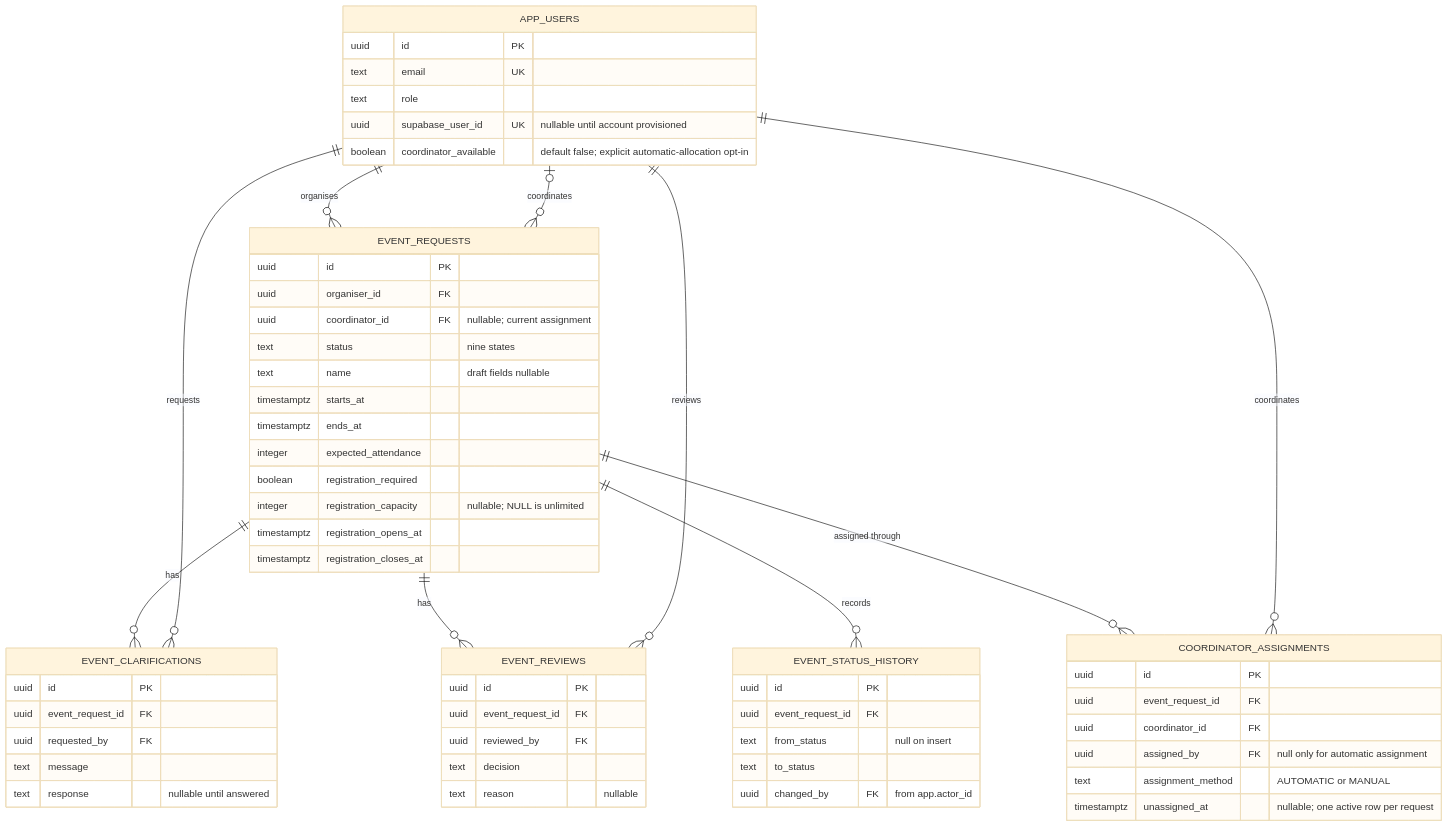
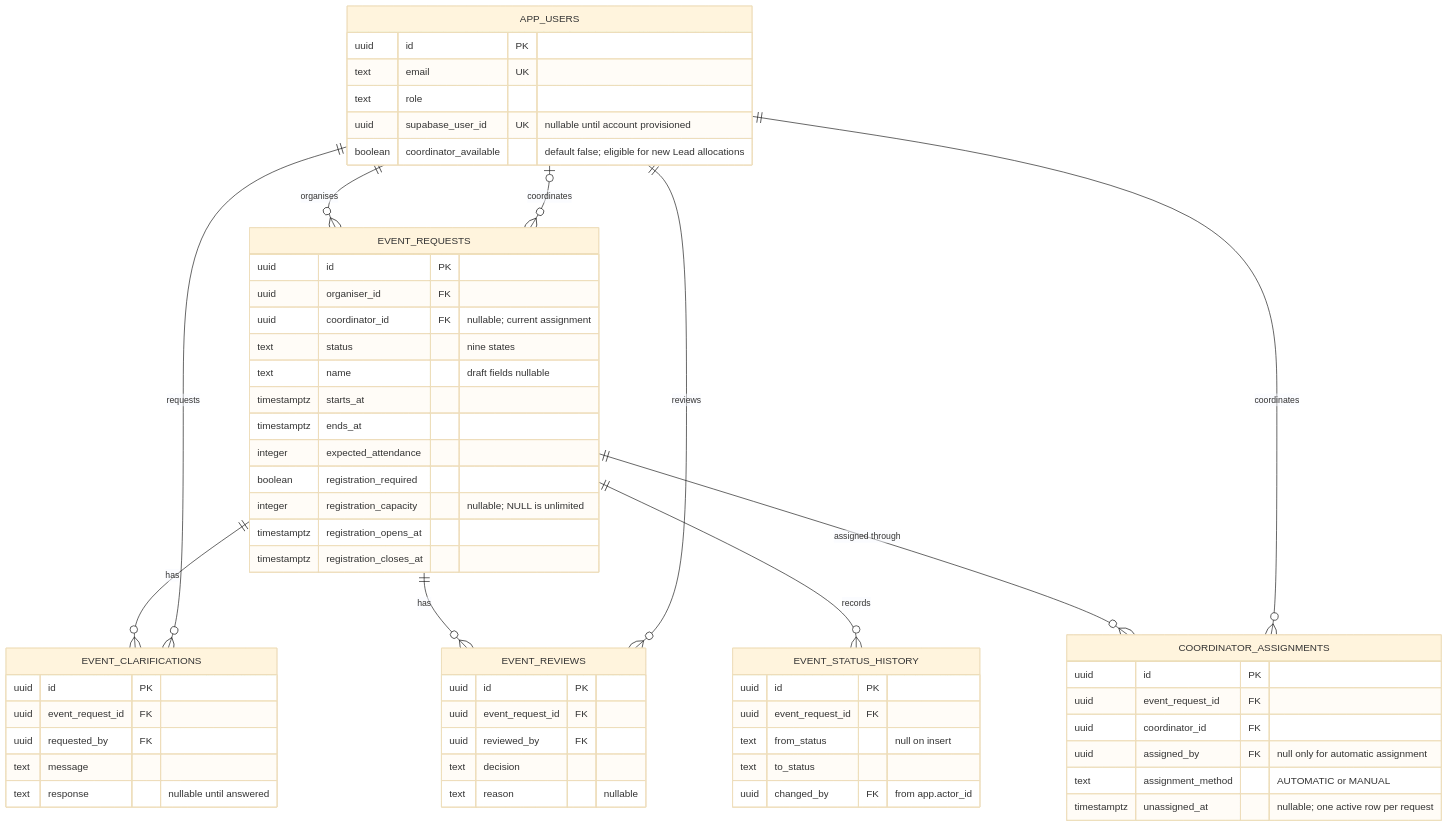
Before and after one commit to MochaLxtte/ConnectSphere: the sixth of 7 diagrams in docs/architecture/README.md, drawn with Mermaid (base theme). The commit also changed other lines of this file and 35 other files, not shown here.

````diff
--- a/docs/architecture/README.md
+++ b/docs/architecture/README.md
@@ -94,62 +228,62 @@
 ```mermaid
 erDiagram
   APP_USERS ||--o{ EVENT_REQUESTS : organises
   APP_USERS o|--o{ EVENT_REQUESTS : coordinates
   EVENT_REQUESTS ||--o{ EVENT_CLARIFICATIONS : has
   EVENT_REQUESTS ||--o{ EVENT_REVIEWS : has
   EVENT_REQUESTS ||--o{ EVENT_STATUS_HISTORY : records
   EVENT_REQUESTS ||--o{ COORDINATOR_ASSIGNMENTS : "assigned through"
   APP_USERS ||--o{ EVENT_CLARIFICATIONS : requests
   APP_USERS ||--o{ EVENT_REVIEWS : reviews
   APP_USERS ||--o{ COORDINATOR_ASSIGNMENTS : coordinates
   APP_USERS {
     uuid id PK
     text email UK
     text role
     uuid supabase_user_id UK "nullable until account provisioned"
-    boolean coordinator_available "default false; explicit automatic-allocation opt-in"
+    boolean coordinator_available "default false; eligible for new Lead allocations"
   }
   EVENT_REQUESTS {
     uuid id PK
     uuid organiser_id FK
     uuid coordinator_id FK "nullable; current assignment"
     text status "nine states"
     text name "draft fields nullable"
     timestamptz starts_at
     timestamptz ends_at
     integer expected_attendance
     boolean registration_required
     integer registration_capacity "nullable; NULL is unlimited"
     timestamptz registration_opens_at
     timestamptz registration_closes_at
   }
   EVENT_CLARIFICATIONS {
     uuid id PK
     uuid event_request_id FK
     uuid requested_by FK
     text message
     text response "nullable until answered"
   }
   EVENT_REVIEWS {
     uuid id PK
     uuid event_request_id FK
     uuid reviewed_by FK
     text decision
     text reason "nullable"
   }
   EVENT_STATUS_HISTORY {
     uuid id PK
     uuid event_request_id FK
     text from_status "null on insert"
     text to_status
     uuid changed_by FK "from app.actor_id"
   }
   COORDINATOR_ASSIGNMENTS {
     uuid id PK
     uuid event_request_id FK
     uuid coordinator_id FK
     uuid assigned_by FK "null only for automatic assignment"
     text assignment_method "AUTOMATIC or MANUAL"
     timestamptz unassigned_at "nullable; one active row per request"
   }
 ```
````
